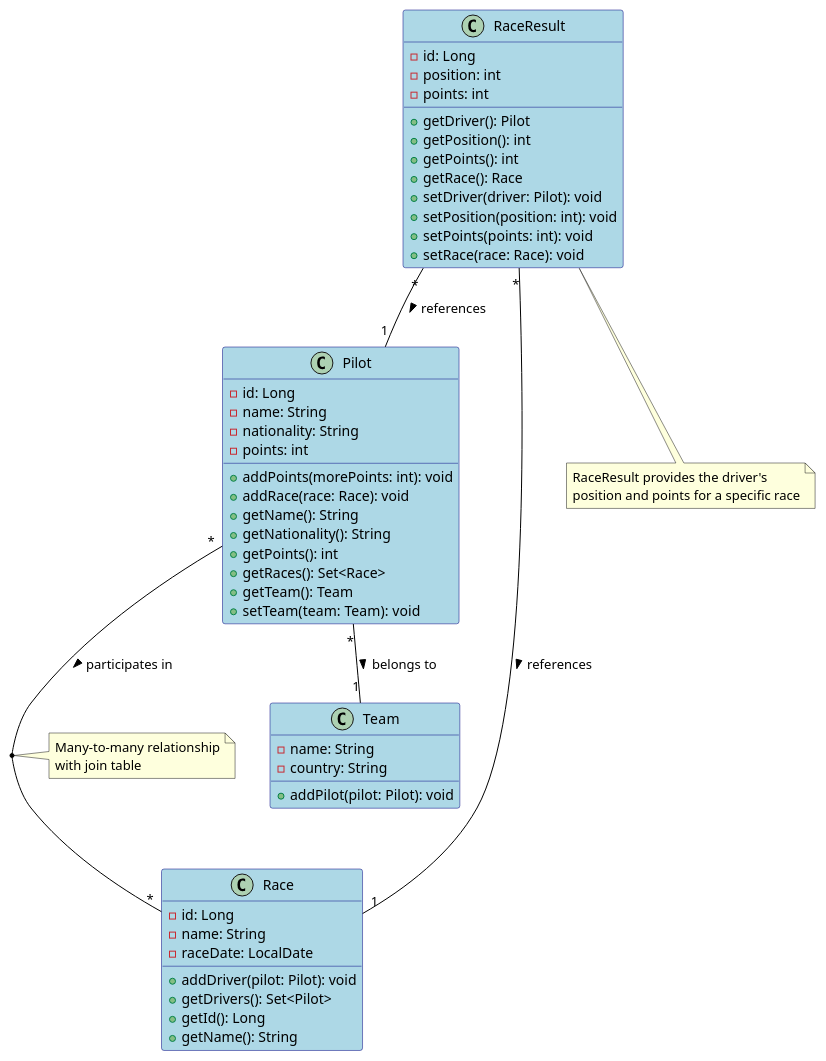
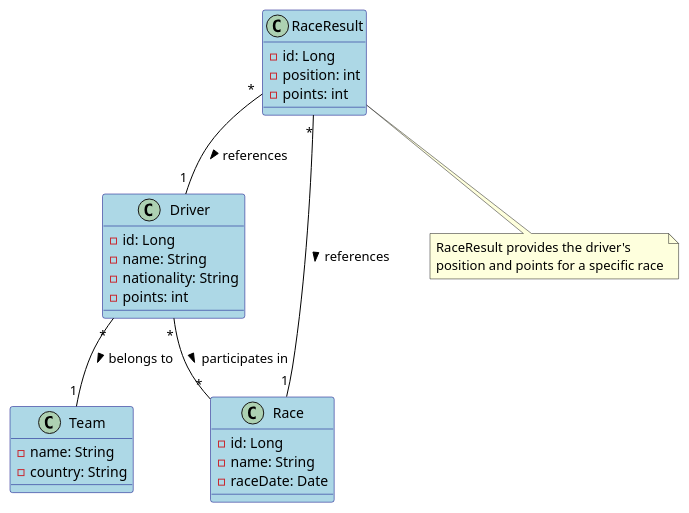
Before and after one commit to juananpe/formula1Exam: the diagram in docs/domainmodel.puml, drawn with PlantUML. The commit also changed 2 other files, not shown here.

Commit message:
Refactor domain model to replace Pilot with Driver and update relationships
- Renamed Pilot class to Driver to better reflect the domain terminology.
- Updated relationships in the domain model to reference Driver instead of Pilot.
- Modified Race class to change raceDate type from LocalDate to Date.
- Removed the resultsscoring_sequence.puml file as it is no longer needed.

```diff
--- a/docs/domainmodel.puml
+++ b/docs/domainmodel.puml
@@ -1,68 +1,44 @@
 @startuml Formula1 Domain Model
 
 ' Entity styling
 skinparam class {
   BackgroundColor LightBlue
   ArrowColor Black
   BorderColor Navy
 }
 
 ' Domain entities
-class Pilot {
+class Driver {
   -id: Long
   -name: String
   -nationality: String 
   -points: int
-  +addPoints(morePoints: int): void
-  +addRace(race: Race): void
-  +getName(): String
-  +getNationality(): String
-  +getPoints(): int
-  +getRaces(): Set<Race>
-  +getTeam(): Team
-  +setTeam(team: Team): void
 }
 
 class Team {
   -name: String
   -country: String
-  +addPilot(pilot: Pilot): void
 }
 
 class Race {
   -id: Long
   -name: String
-  -raceDate: LocalDate
-  +addDriver(pilot: Pilot): void
-  +getDrivers(): Set<Pilot>
-  +getId(): Long
-  +getName(): String
+  -raceDate: Date
 }
 
 class RaceResult {
   -id: Long
   -position: int
   -points: int
-  +getDriver(): Pilot
-  +getPosition(): int
-  +getPoints(): int
-  +getRace(): Race
-  +setDriver(driver: Pilot): void
-  +setPosition(position: int): void
-  +setPoints(points: int): void
-  +setRace(race: Race): void
 }
 
 ' Relationships
-Pilot "*" -- "1" Team : belongs to >
-Pilot "*" -- "*" Race : participates in >
+Driver "*" -- "1" Team : belongs to >
+Driver "*" -- "*" Race : participates in >
 RaceResult "*" -- "1" Race : references >
-RaceResult "*" -- "1" Pilot : references >
-
-note "Many-to-many relationship\nwith join table" as N1
-(Pilot, Race) .. N1
+RaceResult "*" -- "1" Driver : references >
 
 note "RaceResult provides the driver's\nposition and points for a specific race" as N2
 RaceResult .. N2
 
 @enduml 
```
